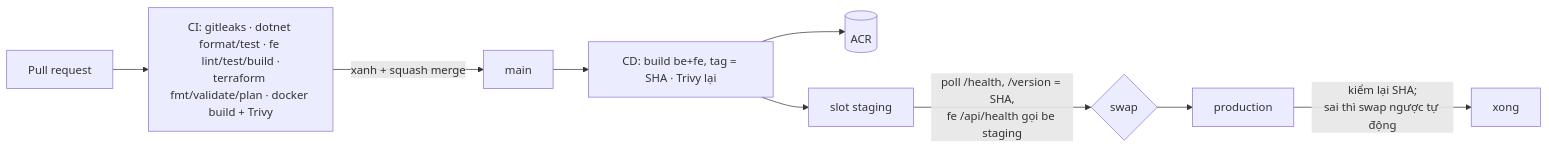
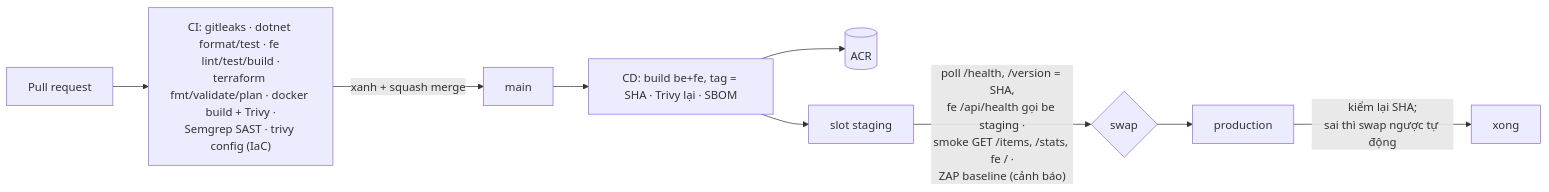
The third of 3 diagrams in architecture.md (lam3082004/devops_vsf), drawn with Mermaid before and after one commit. The commit also changed other lines of this file and 13 other files, not shown here.

First line of the commit message:
feat(devsecops): smoke staging + ZAP + SBOM (CD), Semgrep + trivy config (CI), drift detection, Dependabot (#75)

````diff
--- a/architecture.md
+++ b/architecture.md
@@ -148,9 +148,9 @@
 ```mermaid
 flowchart LR
-    PR["Pull request"] --> CI["CI: gitleaks · dotnet format/test · fe lint/test/build ·<br/>terraform fmt/validate/plan · docker build + Trivy"]
+    PR["Pull request"] --> CI["CI: gitleaks · dotnet format/test · fe lint/test/build ·<br/>terraform fmt/validate/plan · docker build + Trivy ·<br/>Semgrep SAST · trivy config (IaC)"]
     CI -->|"xanh + squash merge"| M["main"]
-    M --> CD["CD: build be+fe, tag = SHA · Trivy lại"]
+    M --> CD["CD: build be+fe, tag = SHA · Trivy lại · SBOM"]
     CD --> ACR[("ACR")]
-    CD --> S["slot staging"] -->|"poll /health, /version = SHA,<br/>fe /api/health gọi be staging"| SW{"swap"}
+    CD --> S["slot staging"] -->|"poll /health, /version = SHA,<br/>fe /api/health gọi be staging ·<br/>smoke GET /items, /stats, fe / ·<br/>ZAP baseline (cảnh báo)"| SW{"swap"}
     SW --> P["production"] -->|"kiểm lại SHA;<br/>sai thì swap ngược tự động"| OK["xong"]
 ```
````
